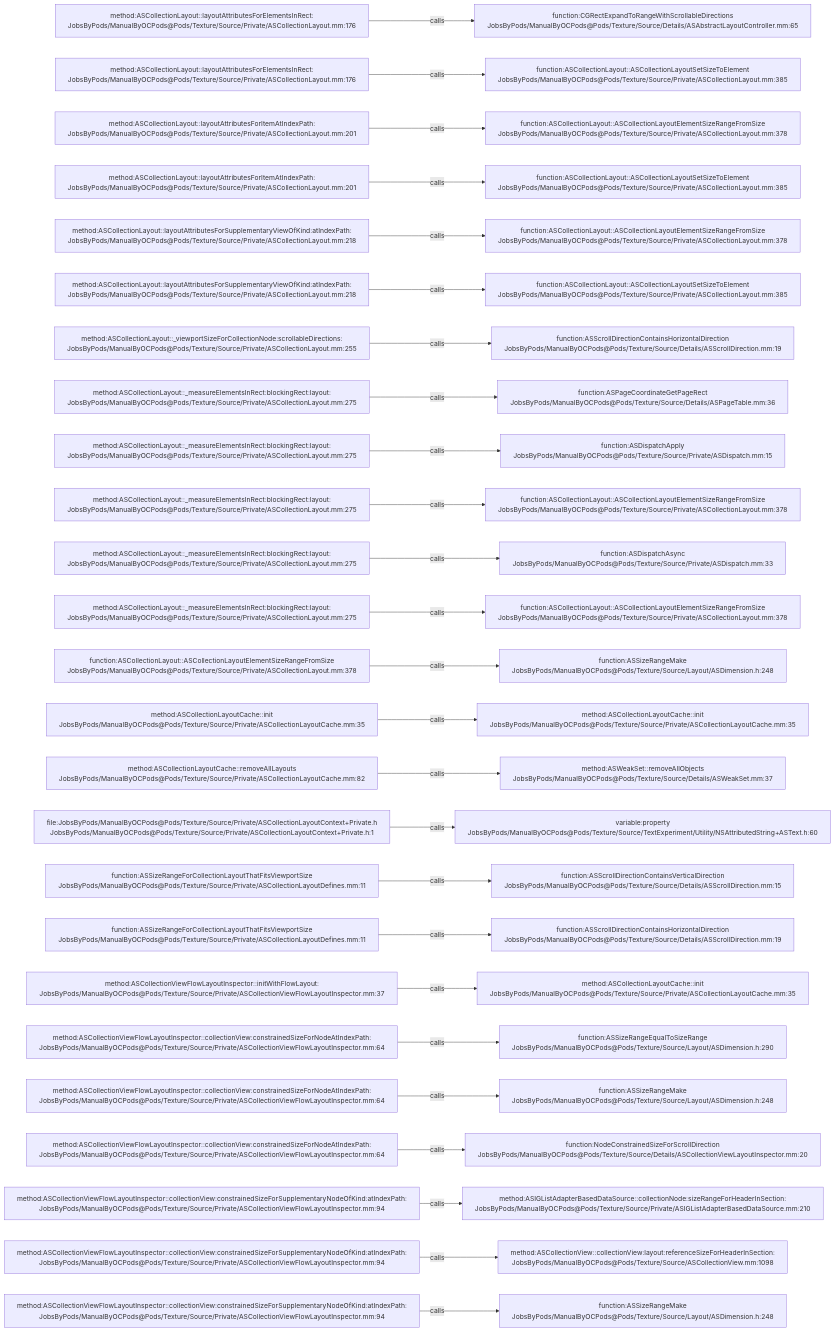
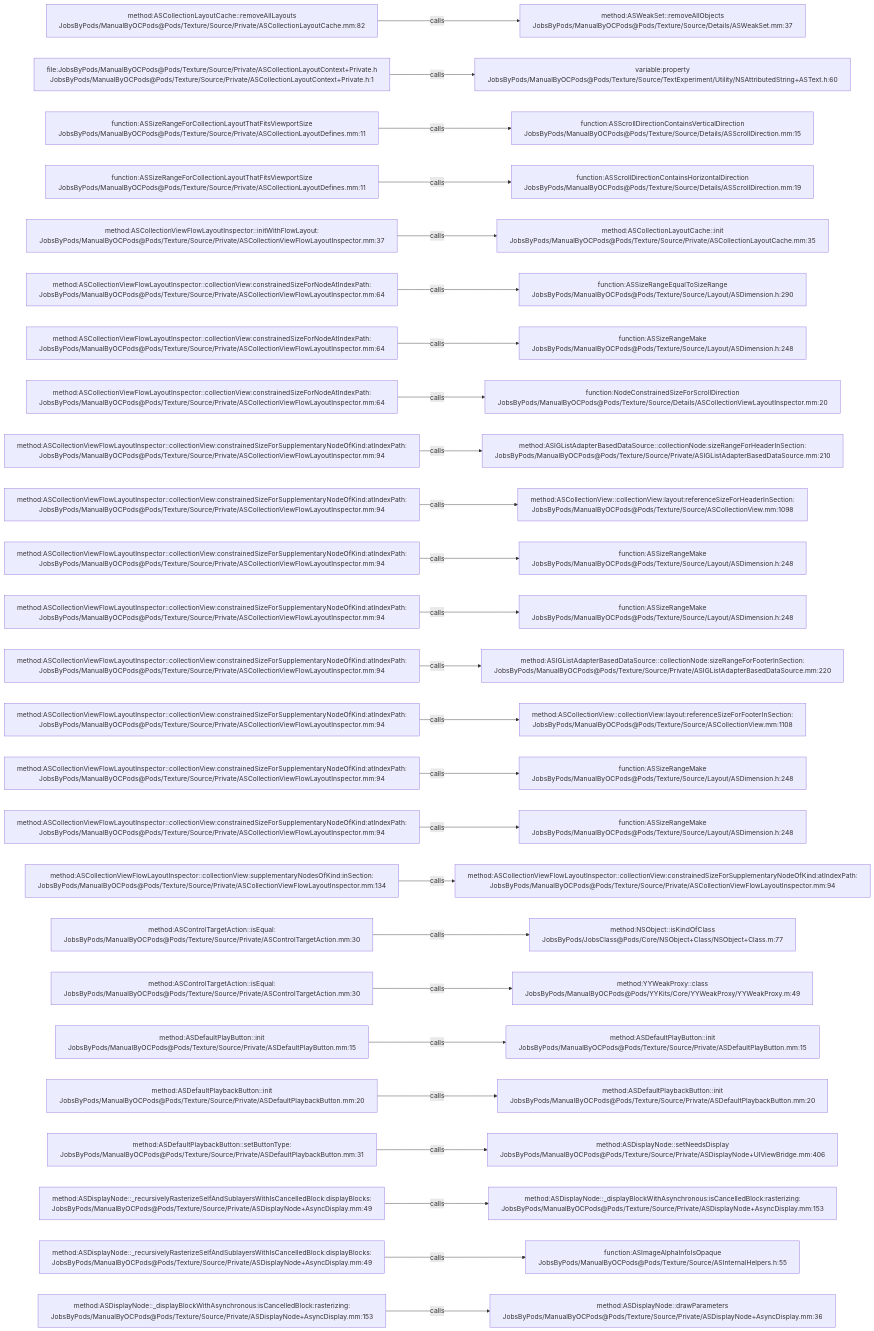
One commit to JobsKits/JobsOCBaseConfigDemo changed the diagram in .codegraph/codegraph.md/graphs/calls-187.md. Above: the diagram before and after it, drawn with Mermaid. The commit also changed 296 other files, not shown here.

````diff
--- a/.codegraph/codegraph.md/graphs/calls-187.md
+++ b/.codegraph/codegraph.md/graphs/calls-187.md
@@ -13,78 +13,78 @@
 ```mermaid
 flowchart LR
-  S1["method:ASCollectionLayout::layoutAttributesForElementsInRect:<br/>JobsByPods/ManualByOCPods@Pods/Texture/Source/Private/ASCollectionLayout.mm:176"]
-  T1["function:CGRectExpandToRangeWithScrollableDirections<br/>JobsByPods/ManualByOCPods@Pods/Texture/Source/Details/ASAbstractLayoutController.mm:65"]
+  S1["method:ASCollectionLayoutCache::removeAllLayouts<br/>JobsByPods/ManualByOCPods@Pods/Texture/Source/Private/ASCollectionLayoutCache.mm:82"]
+  T1["method:ASWeakSet::removeAllObjects<br/>JobsByPods/ManualByOCPods@Pods/Texture/Source/Details/ASWeakSet.mm:37"]
   S1 -->|calls| T1
-  S2["method:ASCollectionLayout::layoutAttributesForElementsInRect:<br/>JobsByPods/ManualByOCPods@Pods/Texture/Source/Private/ASCollectionLayout.mm:176"]
-  T2["function:ASCollectionLayout::ASCollectionLayoutSetSizeToElement<br/>JobsByPods/ManualByOCPods@Pods/Texture/Source/Private/ASCollectionLayout.mm:385"]
+  S2["file:JobsByPods/ManualByOCPods@Pods/Texture/Source/Private/ASCollectionLayoutContext+Private.h<br/>JobsByPods/ManualByOCPods@Pods/Texture/Source/Private/ASCollectionLayoutContext+Private.h:1"]
+  T2["variable:property<br/>JobsByPods/ManualByOCPods@Pods/Texture/Source/TextExperiment/Utility/NSAttributedString+ASText.h:60"]
   S2 -->|calls| T2
-  S3["method:ASCollectionLayout::layoutAttributesForItemAtIndexPath:<br/>JobsByPods/ManualByOCPods@Pods/Texture/Source/Private/ASCollectionLayout.mm:201"]
-  T3["function:ASCollectionLayout::ASCollectionLayoutElementSizeRangeFromSize<br/>JobsByPods/ManualByOCPods@Pods/Texture/Source/Private/ASCollectionLayout.mm:378"]
+  S3["function:ASSizeRangeForCollectionLayoutThatFitsViewportSize<br/>JobsByPods/ManualByOCPods@Pods/Texture/Source/Private/ASCollectionLayoutDefines.mm:11"]
+  T3["function:ASScrollDirectionContainsVerticalDirection<br/>JobsByPods/ManualByOCPods@Pods/Texture/Source/Details/ASScrollDirection.mm:15"]
   S3 -->|calls| T3
-  S4["method:ASCollectionLayout::layoutAttributesForItemAtIndexPath:<br/>JobsByPods/ManualByOCPods@Pods/Texture/Source/Private/ASCollectionLayout.mm:201"]
-  T4["function:ASCollectionLayout::ASCollectionLayoutSetSizeToElement<br/>JobsByPods/ManualByOCPods@Pods/Texture/Source/Private/ASCollectionLayout.mm:385"]
+  S4["function:ASSizeRangeForCollectionLayoutThatFitsViewportSize<br/>JobsByPods/ManualByOCPods@Pods/Texture/Source/Private/ASCollectionLayoutDefines.mm:11"]
+  T4["function:ASScrollDirectionContainsHorizontalDirection<br/>JobsByPods/ManualByOCPods@Pods/Texture/Source/Details/ASScrollDirection.mm:19"]
   S4 -->|calls| T4
-  S5["method:ASCollectionLayout::layoutAttributesForSupplementaryViewOfKind:atIndexPath:<br/>JobsByPods/ManualByOCPods@Pods/Texture/Source/Private/ASCollectionLayout.mm:218"]
-  T5["function:ASCollectionLayout::ASCollectionLayoutElementSizeRangeFromSize<br/>JobsByPods/ManualByOCPods@Pods/Texture/Source/Private/ASCollectionLayout.mm:378"]
+  S5["method:ASCollectionViewFlowLayoutInspector::initWithFlowLayout:<br/>JobsByPods/ManualByOCPods@Pods/Texture/Source/Private/ASCollectionViewFlowLayoutInspector.mm:37"]
+  T5["method:ASCollectionLayoutCache::init<br/>JobsByPods/ManualByOCPods@Pods/Texture/Source/Private/ASCollectionLayoutCache.mm:35"]
   S5 -->|calls| T5
-  S6["method:ASCollectionLayout::layoutAttributesForSupplementaryViewOfKind:atIndexPath:<br/>JobsByPods/ManualByOCPods@Pods/Texture/Source/Private/ASCollectionLayout.mm:218"]
-  T6["function:ASCollectionLayout::ASCollectionLayoutSetSizeToElement<br/>JobsByPods/ManualByOCPods@Pods/Texture/Source/Private/ASCollectionLayout.mm:385"]
+  S6["method:ASCollectionViewFlowLayoutInspector::collectionView:constrainedSizeForNodeAtIndexPath:<br/>JobsByPods/ManualByOCPods@Pods/Texture/Source/Private/ASCollectionViewFlowLayoutInspector.mm:64"]
+  T6["function:ASSizeRangeEqualToSizeRange<br/>JobsByPods/ManualByOCPods@Pods/Texture/Source/Layout/ASDimension.h:290"]
   S6 -->|calls| T6
-  S7["method:ASCollectionLayout::_viewportSizeForCollectionNode:scrollableDirections:<br/>JobsByPods/ManualByOCPods@Pods/Texture/Source/Private/ASCollectionLayout.mm:255"]
-  T7["function:ASScrollDirectionContainsHorizontalDirection<br/>JobsByPods/ManualByOCPods@Pods/Texture/Source/Details/ASScrollDirection.mm:19"]
+  S7["method:ASCollectionViewFlowLayoutInspector::collectionView:constrainedSizeForNodeAtIndexPath:<br/>JobsByPods/ManualByOCPods@Pods/Texture/Source/Private/ASCollectionViewFlowLayoutInspector.mm:64"]
+  T7["function:ASSizeRangeMake<br/>JobsByPods/ManualByOCPods@Pods/Texture/Source/Layout/ASDimension.h:248"]
   S7 -->|calls| T7
-  S8["method:ASCollectionLayout::_measureElementsInRect:blockingRect:layout:<br/>JobsByPods/ManualByOCPods@Pods/Texture/Source/Private/ASCollectionLayout.mm:275"]
-  T8["function:ASPageCoordinateGetPageRect<br/>JobsByPods/ManualByOCPods@Pods/Texture/Source/Details/ASPageTable.mm:36"]
+  S8["method:ASCollectionViewFlowLayoutInspector::collectionView:constrainedSizeForNodeAtIndexPath:<br/>JobsByPods/ManualByOCPods@Pods/Texture/Source/Private/ASCollectionViewFlowLayoutInspector.mm:64"]
+  T8["function:NodeConstrainedSizeForScrollDirection<br/>JobsByPods/ManualByOCPods@Pods/Texture/Source/Details/ASCollectionViewLayoutInspector.mm:20"]
   S8 -->|calls| T8
-  S9["method:ASCollectionLayout::_measureElementsInRect:blockingRect:layout:<br/>JobsByPods/ManualByOCPods@Pods/Texture/Source/Private/ASCollectionLayout.mm:275"]
-  T9["function:ASDispatchApply<br/>JobsByPods/ManualByOCPods@Pods/Texture/Source/Private/ASDispatch.mm:15"]
+  S9["method:ASCollectionViewFlowLayoutInspector::collectionView:constrainedSizeForSupplementaryNodeOfKind:atIndexPath:<br/>JobsByPods/ManualByOCPods@Pods/Texture/Source/Private/ASCollectionViewFlowLayoutInspector.mm:94"]
+  T9["method:ASIGListAdapterBasedDataSource::collectionNode:sizeRangeForHeaderInSection:<br/>JobsByPods/ManualByOCPods@Pods/Texture/Source/Private/ASIGListAdapterBasedDataSource.mm:210"]
   S9 -->|calls| T9
-  S10["method:ASCollectionLayout::_measureElementsInRect:blockingRect:layout:<br/>JobsByPods/ManualByOCPods@Pods/Texture/Source/Private/ASCollectionLayout.mm:275"]
-  T10["function:ASCollectionLayout::ASCollectionLayoutElementSizeRangeFromSize<br/>JobsByPods/ManualByOCPods@Pods/Texture/Source/Private/ASCollectionLayout.mm:378"]
+  S10["method:ASCollectionViewFlowLayoutInspector::collectionView:constrainedSizeForSupplementaryNodeOfKind:atIndexPath:<br/>JobsByPods/ManualByOCPods@Pods/Texture/Source/Private/ASCollectionViewFlowLayoutInspector.mm:94"]
+  T10["method:ASCollectionView::collectionView:layout:referenceSizeForHeaderInSection:<br/>JobsByPods/ManualByOCPods@Pods/Texture/Source/ASCollectionView.mm:1098"]
   S10 -->|calls| T10
-  S11["method:ASCollectionLayout::_measureElementsInRect:blockingRect:layout:<br/>JobsByPods/ManualByOCPods@Pods/Texture/Source/Private/ASCollectionLayout.mm:275"]
-  T11["function:ASDispatchAsync<br/>JobsByPods/ManualByOCPods@Pods/Texture/Source/Private/ASDispatch.mm:33"]
+  S11["method:ASCollectionViewFlowLayoutInspector::collectionView:constrainedSizeForSupplementaryNodeOfKind:atIndexPath:<br/>JobsByPods/ManualByOCPods@Pods/Texture/Source/Private/ASCollectionViewFlowLayoutInspector.mm:94"]
+  T11["function:ASSizeRangeMake<br/>JobsByPods/ManualByOCPods@Pods/Texture/Source/Layout/ASDimension.h:248"]
   S11 -->|calls| T11
-  S12["method:ASCollectionLayout::_measureElementsInRect:blockingRect:layout:<br/>JobsByPods/ManualByOCPods@Pods/Texture/Source/Private/ASCollectionLayout.mm:275"]
-  T12["function:ASCollectionLayout::ASCollectionLayoutElementSizeRangeFromSize<br/>JobsByPods/ManualByOCPods@Pods/Texture/Source/Private/ASCollectionLayout.mm:378"]
+  S12["method:ASCollectionViewFlowLayoutInspector::collectionView:constrainedSizeForSupplementaryNodeOfKind:atIndexPath:<br/>JobsByPods/ManualByOCPods@Pods/Texture/Source/Private/ASCollectionViewFlowLayoutInspector.mm:94"]
+  T12["function:ASSizeRangeMake<br/>JobsByPods/ManualByOCPods@Pods/Texture/Source/Layout/ASDimension.h:248"]
   S12 -->|calls| T12
-  S13["function:ASCollectionLayout::ASCollectionLayoutElementSizeRangeFromSize<br/>JobsByPods/ManualByOCPods@Pods/Texture/Source/Private/ASCollectionLayout.mm:378"]
-  T13["function:ASSizeRangeMake<br/>JobsByPods/ManualByOCPods@Pods/Texture/Source/Layout/ASDimension.h:248"]
+  S13["method:ASCollectionViewFlowLayoutInspector::collectionView:constrainedSizeForSupplementaryNodeOfKind:atIndexPath:<br/>JobsByPods/ManualByOCPods@Pods/Texture/Source/Private/ASCollectionViewFlowLayoutInspector.mm:94"]
+  T13["method:ASIGListAdapterBasedDataSource::collectionNode:sizeRangeForFooterInSection:<br/>JobsByPods/ManualByOCPods@Pods/Texture/Source/Private/ASIGListAdapterBasedDataSource.mm:220"]
   S13 -->|calls| T13
-  S14["method:ASCollectionLayoutCache::init<br/>JobsByPods/ManualByOCPods@Pods/Texture/Source/Private/ASCollectionLayoutCache.mm:35"]
-  T14["method:ASCollectionLayoutCache::init<br/>JobsByPods/ManualByOCPods@Pods/Texture/Source/Private/ASCollectionLayoutCache.mm:35"]
+  S14["method:ASCollectionViewFlowLayoutInspector::collectionView:constrainedSizeForSupplementaryNodeOfKind:atIndexPath:<br/>JobsByPods/ManualByOCPods@Pods/Texture/Source/Private/ASCollectionViewFlowLayoutInspector.mm:94"]
+  T14["method:ASCollectionView::collectionView:layout:referenceSizeForFooterInSection:<br/>JobsByPods/ManualByOCPods@Pods/Texture/Source/ASCollectionView.mm:1108"]
   S14 -->|calls| T14
-  S15["method:ASCollectionLayoutCache::removeAllLayouts<br/>JobsByPods/ManualByOCPods@Pods/Texture/Source/Private/ASCollectionLayoutCache.mm:82"]
-  T15["method:ASWeakSet::removeAllObjects<br/>JobsByPods/ManualByOCPods@Pods/Texture/Source/Details/ASWeakSet.mm:37"]
+  S15["method:ASCollectionViewFlowLayoutInspector::collectionView:constrainedSizeForSupplementaryNodeOfKind:atIndexPath:<br/>JobsByPods/ManualByOCPods@Pods/Texture/Source/Private/ASCollectionViewFlowLayoutInspector.mm:94"]
+  T15["function:ASSizeRangeMake<br/>JobsByPods/ManualByOCPods@Pods/Texture/Source/Layout/ASDimension.h:248"]
   S15 -->|calls| T15
-  S16["file:JobsByPods/ManualByOCPods@Pods/Texture/Source/Private/ASCollectionLayoutContext+Private.h<br/>JobsByPods/ManualByOCPods@Pods/Texture/Source/Private/ASCollectionLayoutContext+Private.h:1"]
-  T16["variable:property<br/>JobsByPods/ManualByOCPods@Pods/Texture/Source/TextExperiment/Utility/NSAttributedString+ASText.h:60"]
+  S16["method:ASCollectionViewFlowLayoutInspector::collectionView:constrainedSizeForSupplementaryNodeOfKind:atIndexPath:<br/>JobsByPods/ManualByOCPods@Pods/Texture/Source/Private/ASCollectionViewFlowLayoutInspector.mm:94"]
+  T16["function:ASSizeRangeMake<br/>JobsByPods/ManualByOCPods@Pods/Texture/Source/Layout/ASDimension.h:248"]
   S16 -->|calls| T16
-  S17["function:ASSizeRangeForCollectionLayoutThatFitsViewportSize<br/>JobsByPods/ManualByOCPods@Pods/Texture/Source/Private/ASCollectionLayoutDefines.mm:11"]
-  T17["function:ASScrollDirectionContainsVerticalDirection<br/>JobsByPods/ManualByOCPods@Pods/Texture/Source/Details/ASScrollDirection.mm:15"]
+  S17["method:ASCollectionViewFlowLayoutInspector::collectionView:supplementaryNodesOfKind:inSection:<br/>JobsByPods/ManualByOCPods@Pods/Texture/Source/Private/ASCollectionViewFlowLayoutInspector.mm:134"]
+  T17["method:ASCollectionViewFlowLayoutInspector::collectionView:constrainedSizeForSupplementaryNodeOfKind:atIndexPath:<br/>JobsByPods/ManualByOCPods@Pods/Texture/Source/Private/ASCollectionViewFlowLayoutInspector.mm:94"]
   S17 -->|calls| T17
-  S18["function:ASSizeRangeForCollectionLayoutThatFitsViewportSize<br/>JobsByPods/ManualByOCPods@Pods/Texture/Source/Private/ASCollectionLayoutDefines.mm:11"]
-  T18["function:ASScrollDirectionContainsHorizontalDirection<br/>JobsByPods/ManualByOCPods@Pods/Texture/Source/Details/ASScrollDirection.mm:19"]
+  S18["method:ASControlTargetAction::isEqual:<br/>JobsByPods/ManualByOCPods@Pods/Texture/Source/Private/ASControlTargetAction.mm:30"]
+  T18["method:NSObject::isKindOfClass<br/>JobsByPods/JobsClass@Pods/Core/NSObject+Class/NSObject+Class.m:77"]
   S18 -->|calls| T18
-  S19["method:ASCollectionViewFlowLayoutInspector::initWithFlowLayout:<br/>JobsByPods/ManualByOCPods@Pods/Texture/Source/Private/ASCollectionViewFlowLayoutInspector.mm:37"]
-  T19["method:ASCollectionLayoutCache::init<br/>JobsByPods/ManualByOCPods@Pods/Texture/Source/Private/ASCollectionLayoutCache.mm:35"]
+  S19["method:ASControlTargetAction::isEqual:<br/>JobsByPods/ManualByOCPods@Pods/Texture/Source/Private/ASControlTargetAction.mm:30"]
+  T19["method:YYWeakProxy::class<br/>JobsByPods/ManualByOCPods@Pods/YYKits/Core/YYWeakProxy/YYWeakProxy.m:49"]
   S19 -->|calls| T19
-  S20["method:ASCollectionViewFlowLayoutInspector::collectionView:constrainedSizeForNodeAtIndexPath:<br/>JobsByPods/ManualByOCPods@Pods/Texture/Source/Private/ASCollectionViewFlowLayoutInspector.mm:64"]
-  T20["function:ASSizeRangeEqualToSizeRange<br/>JobsByPods/ManualByOCPods@Pods/Texture/Source/Layout/ASDimension.h:290"]
+  S20["method:ASDefaultPlayButton::init<br/>JobsByPods/ManualByOCPods@Pods/Texture/Source/Private/ASDefaultPlayButton.mm:15"]
+  T20["method:ASDefaultPlayButton::init<br/>JobsByPods/ManualByOCPods@Pods/Texture/Source/Private/ASDefaultPlayButton.mm:15"]
   S20 -->|calls| T20
-  S21["method:ASCollectionViewFlowLayoutInspector::collectionView:constrainedSizeForNodeAtIndexPath:<br/>JobsByPods/ManualByOCPods@Pods/Texture/Source/Private/ASCollectionViewFlowLayoutInspector.mm:64"]
-  T21["function:ASSizeRangeMake<br/>JobsByPods/ManualByOCPods@Pods/Texture/Source/Layout/ASDimension.h:248"]
+  S21["method:ASDefaultPlaybackButton::init<br/>JobsByPods/ManualByOCPods@Pods/Texture/Source/Private/ASDefaultPlaybackButton.mm:20"]
+  T21["method:ASDefaultPlaybackButton::init<br/>JobsByPods/ManualByOCPods@Pods/Texture/Source/Private/ASDefaultPlaybackButton.mm:20"]
   S21 -->|calls| T21
-  S22["method:ASCollectionViewFlowLayoutInspector::collectionView:constrainedSizeForNodeAtIndexPath:<br/>JobsByPods/ManualByOCPods@Pods/Texture/Source/Private/ASCollectionViewFlowLayoutInspector.mm:64"]
-  T22["function:NodeConstrainedSizeForScrollDirection<br/>JobsByPods/ManualByOCPods@Pods/Texture/Source/Details/ASCollectionViewLayoutInspector.mm:20"]
+  S22["method:ASDefaultPlaybackButton::setButtonType:<br/>JobsByPods/ManualByOCPods@Pods/Texture/Source/Private/ASDefaultPlaybackButton.mm:31"]
+  T22["method:ASDisplayNode::setNeedsDisplay<br/>JobsByPods/ManualByOCPods@Pods/Texture/Source/Private/ASDisplayNode+UIViewBridge.mm:406"]
   S22 -->|calls| T22
-  S23["method:ASCollectionViewFlowLayoutInspector::collectionView:constrainedSizeForSupplementaryNodeOfKind:atIndexPath:<br/>JobsByPods/ManualByOCPods@Pods/Texture/Source/Private/ASCollectionViewFlowLayoutInspector.mm:94"]
-  T23["method:ASIGListAdapterBasedDataSource::collectionNode:sizeRangeForHeaderInSection:<br/>JobsByPods/ManualByOCPods@Pods/Texture/Source/Private/ASIGListAdapterBasedDataSource.mm:210"]
+  S23["method:ASDisplayNode::_recursivelyRasterizeSelfAndSublayersWithIsCancelledBlock:displayBlocks:<br/>JobsByPods/ManualByOCPods@Pods/Texture/Source/Private/ASDisplayNode+AsyncDisplay.mm:49"]
+  T23["method:ASDisplayNode::_displayBlockWithAsynchronous:isCancelledBlock:rasterizing:<br/>JobsByPods/ManualByOCPods@Pods/Texture/Source/Private/ASDisplayNode+AsyncDisplay.mm:153"]
   S23 -->|calls| T23
-  S24["method:ASCollectionViewFlowLayoutInspector::collectionView:constrainedSizeForSupplementaryNodeOfKind:atIndexPath:<br/>JobsByPods/ManualByOCPods@Pods/Texture/Source/Private/ASCollectionViewFlowLayoutInspector.mm:94"]
-  T24["method:ASCollectionView::collectionView:layout:referenceSizeForHeaderInSection:<br/>JobsByPods/ManualByOCPods@Pods/Texture/Source/ASCollectionView.mm:1098"]
+  S24["method:ASDisplayNode::_recursivelyRasterizeSelfAndSublayersWithIsCancelledBlock:displayBlocks:<br/>JobsByPods/ManualByOCPods@Pods/Texture/Source/Private/ASDisplayNode+AsyncDisplay.mm:49"]
+  T24["function:ASImageAlphaInfoIsOpaque<br/>JobsByPods/ManualByOCPods@Pods/Texture/Source/ASInternalHelpers.h:55"]
   S24 -->|calls| T24
-  S25["method:ASCollectionViewFlowLayoutInspector::collectionView:constrainedSizeForSupplementaryNodeOfKind:atIndexPath:<br/>JobsByPods/ManualByOCPods@Pods/Texture/Source/Private/ASCollectionViewFlowLayoutInspector.mm:94"]
-  T25["function:ASSizeRangeMake<br/>JobsByPods/ManualByOCPods@Pods/Texture/Source/Layout/ASDimension.h:248"]
+  S25["method:ASDisplayNode::_displayBlockWithAsynchronous:isCancelledBlock:rasterizing:<br/>JobsByPods/ManualByOCPods@Pods/Texture/Source/Private/ASDisplayNode+AsyncDisplay.mm:153"]
+  T25["method:ASDisplayNode::drawParameters<br/>JobsByPods/ManualByOCPods@Pods/Texture/Source/Private/ASDisplayNode+AsyncDisplay.mm:36"]
   S25 -->|calls| T25
 ```
````
